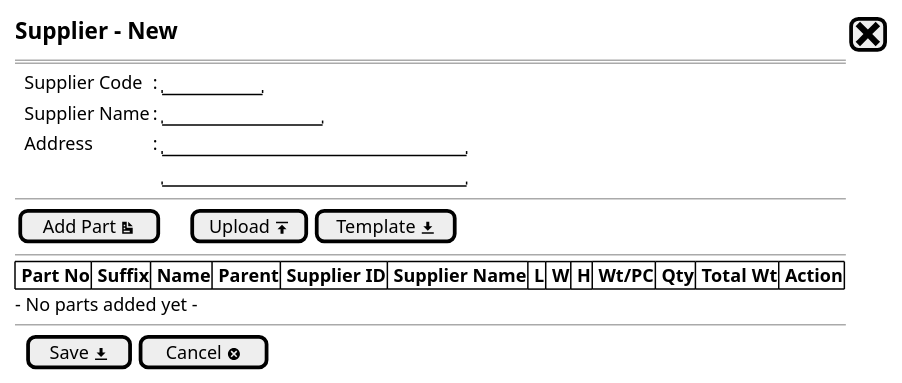
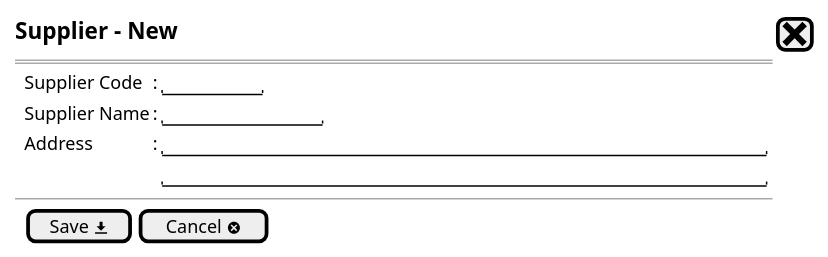
The diagram in Supplier Service/Supplier - newstep1.puml (ari-fikri/packing-cost-mockup), drawn with PlantUML before and after one commit. The commit also changed 5 other files, not shown here.

```diff
--- a/Supplier Service/Supplier - newstep1.puml
+++ b/Supplier Service/Supplier - newstep1.puml
@@ -1,30 +1,17 @@
 @startsalt
 {
   <size:15><b>Supplier - New |[<size:25><&x>]|*
   ==
-  
   {   
     .|Supplier Code |: |"        "|*
     .|Supplier Name |: |"             "| *
-    .|Address       |: |"                         "|*
-    .|.             |. |"                         "|.|.|
-  
+    .|Address       |: |"                                                  "|*
+    .|.             |. |"                                                  "|*  
   } 
-  
   .
---
-  {
-    [Add Part <&document>]|.|.|.|[Upload <&data-transfer-upload>]| [Template <&data-transfer-download>]|
-  }
-  --
-  {#
-    |<b> Part No |<b> Suffix |<b> Name |<b> Parent |<b> Supplier ID |<b> Supplier Name |<b> L |<b> W |<b> H |<b> Wt/PC |<b> Qty |<b> Total Wt |<b> Action |*|*|*|*|*|*|*
-  }
-  - No parts added yet -
   --
   {
   .|[ Save <&data-transfer-download>] |  [Cancel <&circle-x> ]|*
   }
 }
-
   @endsalt
```
